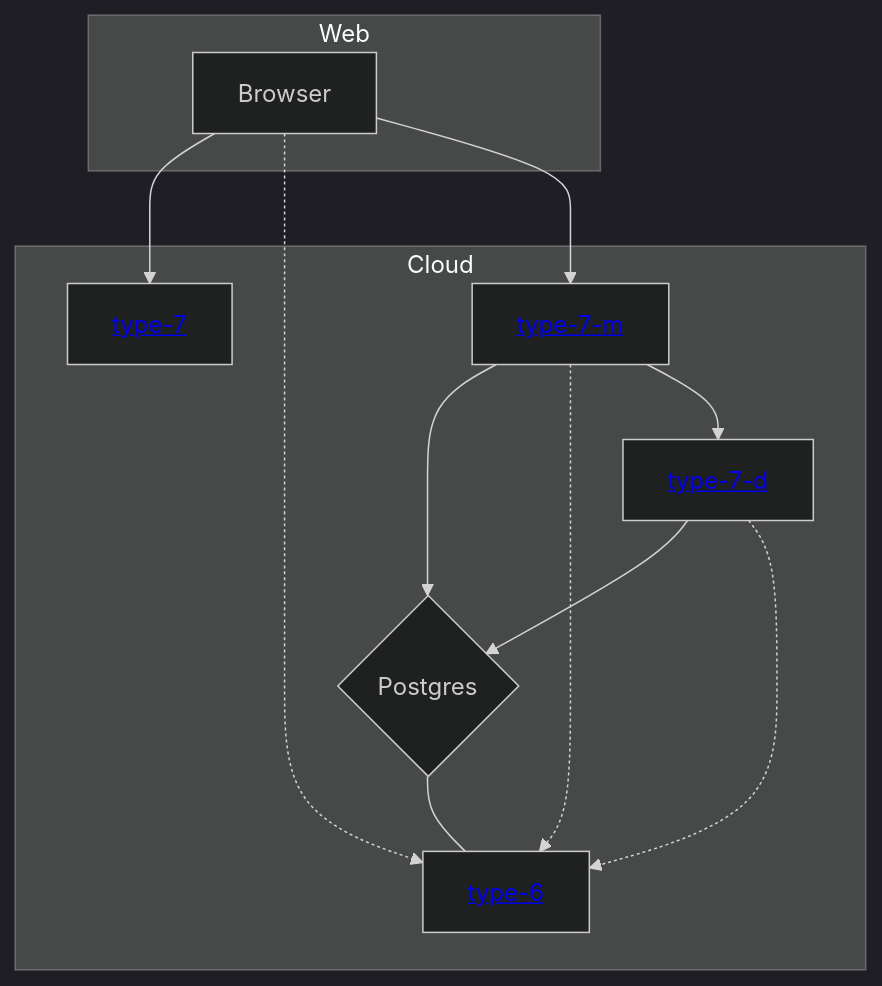
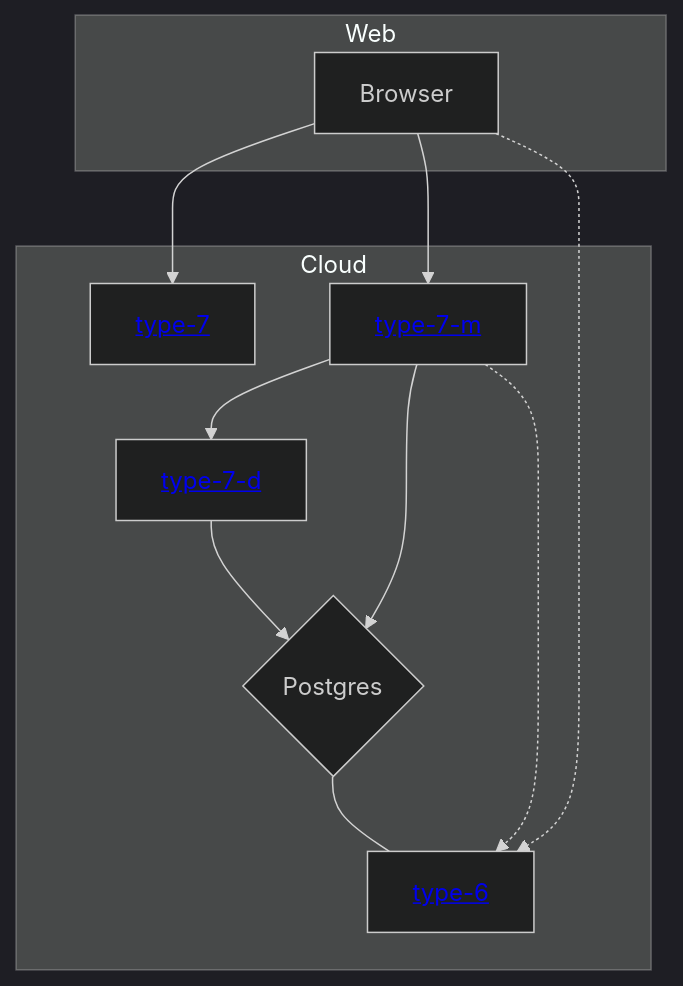
The diagram in Readme.md (timattt/TypeSixCloud), drawn with Mermaid (dark theme) before and after one commit. The commit also changed other lines of this file, not shown here.

````diff
--- a/Readme.md
+++ b/Readme.md
@@ -7,19 +12,18 @@
 ```mermaid
 graph TD;
  subgraph "Cloud"
     type-7[<a href='https://github.com/timattt/TypeSeven'>type-7</a>];
     di{Postgres} --- type-6[<a href='https://github.com/timattt/TypeSix'>type-6</a>];
     type-7-d[<a href='https://github.com/timattt/TypeSevenD'>type-7-d</a>] --> di{Postgres};
     type-7-m[<a href='https://github.com/timattt/TypeSevenM'>type-7-m</a>] --> di{Postgres};
     type-7-m[<a href='https://github.com/timattt/TypeSevenM'>type-7-m</a>] -.-> type-6[<a href='https://github.com/timattt/TypeSix'>type-6</a>];
-    type-7-d[<a href='https://github.com/timattt/TypeSevenD'>type-7-d</a>] -.-> type-6[<a href='https://github.com/timattt/TypeSix'>type-6</a>];
     type-7-m[<a href='https://github.com/timattt/TypeSevenM'>type-7-m</a>] --> type-7-d[<a href='https://github.com/timattt/TypeSevenD'>type-7-d</a>];
 
  end
  subgraph "Web"
    Browser --> type-7[<a href='https://github.com/timattt/TypeSeven'>type-7</a>];
    Browser -.-> type-6[<a href='https://github.com/timattt/TypeSix'>type-6</a>];
    Browser --> type-7-m[<a href='https://github.com/timattt/TypeSevenM'>type-7-m</a>];
 
  end
 ```
````
